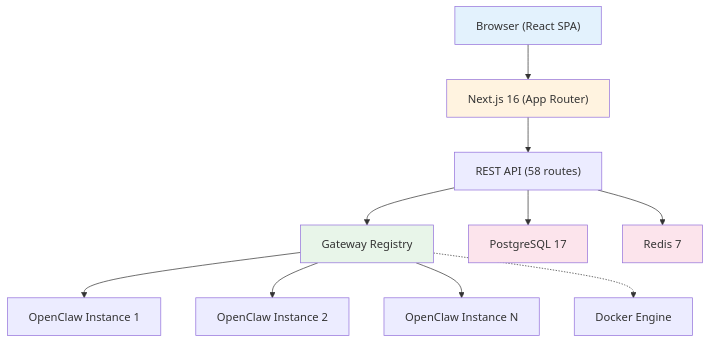
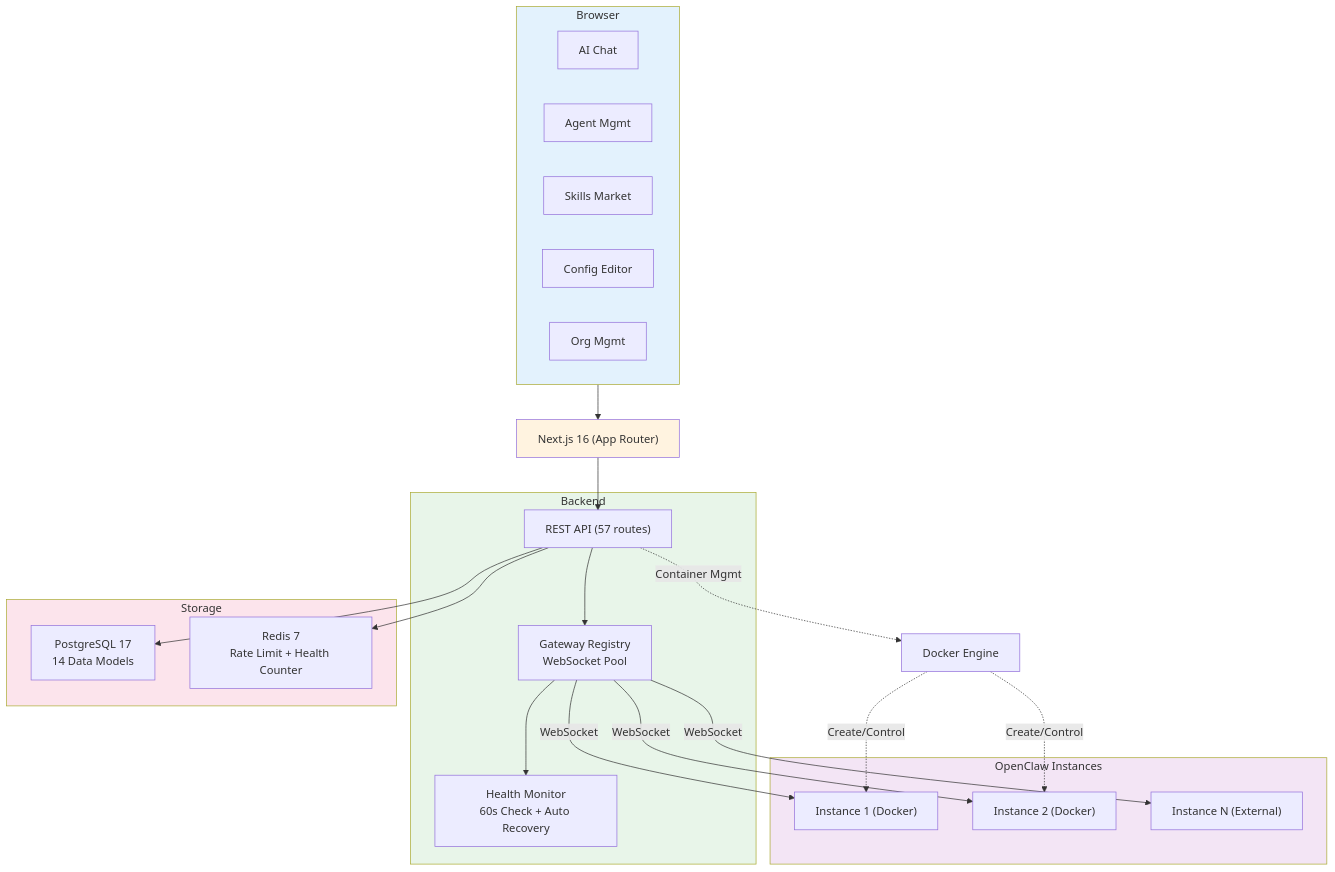
Before and after one commit to szsip239/teamclaw: the second of 2 diagrams in README.md, drawn with Mermaid. The commit also changed other lines of this file, not shown here.

First line of the commit message:
docs: enrich README with core feature modules and architecture

````diff
--- a/README.md
+++ b/README.md
@@ -222,29 +315,50 @@
 ```mermaid
 graph TB
-    Browser["Browser (React SPA)"]
+    subgraph Client["Browser"]
+        Chat["AI Chat"]
+        AgentUI["Agent Mgmt"]
+        SkillUI["Skills Market"]
+        ConfigUI["Config Editor"]
+        OrgUI["Org Mgmt"]
+    end
+
     NextJS["Next.js 16 (App Router)"]
-    API["REST API (58 routes)"]
-    GW["Gateway Registry"]
-    OC1["OpenClaw Instance 1"]
-    OC2["OpenClaw Instance 2"]
-    OCN["OpenClaw Instance N"]
-    PG["PostgreSQL 17"]
-    RD["Redis 7"]
+
+    subgraph Backend["Backend"]
+        API["REST API (57 routes)"]
+        GW["Gateway Registry<br/>WebSocket Pool"]
+        Health["Health Monitor<br/>60s Check + Auto Recovery"]
+    end
+
+    subgraph Storage["Storage"]
+        PG["PostgreSQL 17<br/>14 Data Models"]
+        RD["Redis 7<br/>Rate Limit + Health Counter"]
+    end
+
+    subgraph Instances["OpenClaw Instances"]
+        OC1["Instance 1 (Docker)"]
+        OC2["Instance 2 (Docker)"]
+        OCN["Instance N (External)"]
+    end
+
     DK["Docker Engine"]
 
-    Browser --> NextJS
+    Client --> NextJS
     NextJS --> API
     API --> GW
     API --> PG
     API --> RD
-    GW --> OC1
-    GW --> OC2
-    GW --> OCN
-    GW -.-> DK
+    GW --> Health
+    GW -- "WebSocket" --> OC1
+    GW -- "WebSocket" --> OC2
+    GW -- "WebSocket" --> OCN
+    API -. "Container Mgmt" .-> DK
+    DK -. "Create/Control" .-> OC1
+    DK -. "Create/Control" .-> OC2
 
-    style Browser fill:#e3f2fd
+    style Client fill:#e3f2fd
     style NextJS fill:#fff3e0
-    style GW fill:#e8f5e9
-    style PG fill:#fce4ec
-    style RD fill:#fce4ec
+    style Backend fill:#e8f5e9
+    style Storage fill:#fce4ec
+    style Instances fill:#f3e5f5
 ```
````
